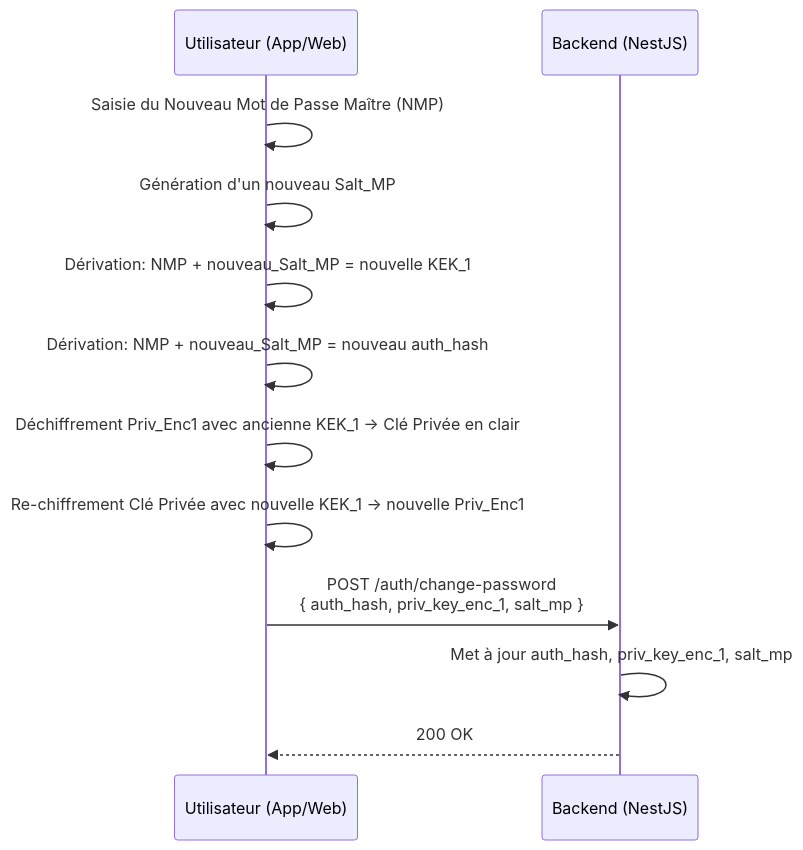
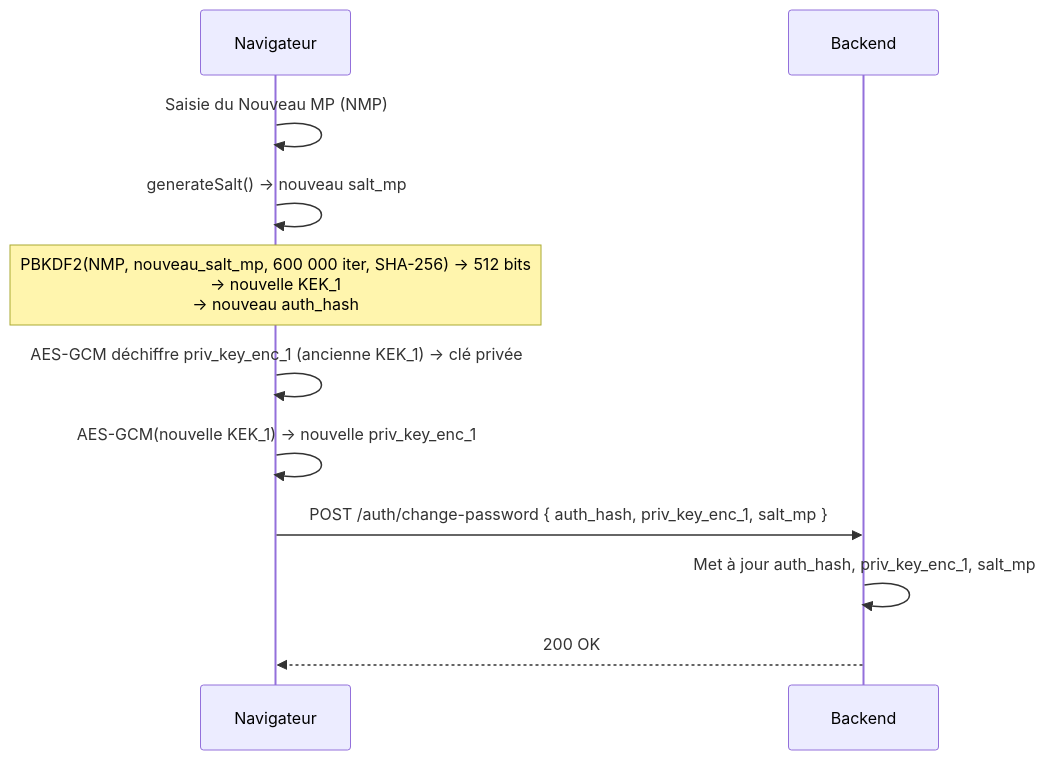
Before and after one commit to blind-storage/back-end: the seventh of 10 diagrams in doc/crypto-flows.md, drawn with Mermaid. The commit also changed other lines of this file and 2 other files, not shown here.

````diff
--- a/doc/crypto-flows.md
+++ b/doc/crypto-flows.md
@@ -112,15 +168,14 @@
 ```mermaid
 sequenceDiagram
-    participant U as Utilisateur (App/Web)
-    participant B as Backend (NestJS)
+    participant U as Navigateur
+    participant B as Backend
 
-    U->>U: Saisie du Nouveau Mot de Passe Maître (NMP)
-    U->>U: Génération d'un nouveau Salt_MP
-    U->>U: Dérivation: NMP + nouveau_Salt_MP = nouvelle KEK_1
-    U->>U: Dérivation: NMP + nouveau_Salt_MP = nouveau auth_hash
-    U->>U: Déchiffrement Priv_Enc1 avec ancienne KEK_1 -> Clé Privée en clair
-    U->>U: Re-chiffrement Clé Privée avec nouvelle KEK_1 -> nouvelle Priv_Enc1
-    U->>B: POST /auth/change-password<br/>{ auth_hash, priv_key_enc_1, salt_mp }
+    U->>U: Saisie du Nouveau MP (NMP)
+    U->>U: generateSalt() → nouveau salt_mp
+    Note over U: PBKDF2(NMP, nouveau_salt_mp, 600 000 iter, SHA-256) → 512 bits<br/>→ nouvelle KEK_1<br/>→ nouveau auth_hash
+    U->>U: AES-GCM déchiffre priv_key_enc_1 (ancienne KEK_1) → clé privée
+    U->>U: AES-GCM(nouvelle KEK_1) → nouvelle priv_key_enc_1
+    U->>B: POST /auth/change-password { auth_hash, priv_key_enc_1, salt_mp }
     B->>B: Met à jour auth_hash, priv_key_enc_1, salt_mp
     B-->>U: 200 OK
 ```
````
